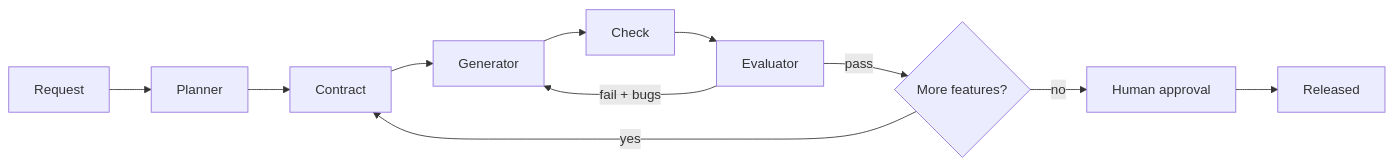
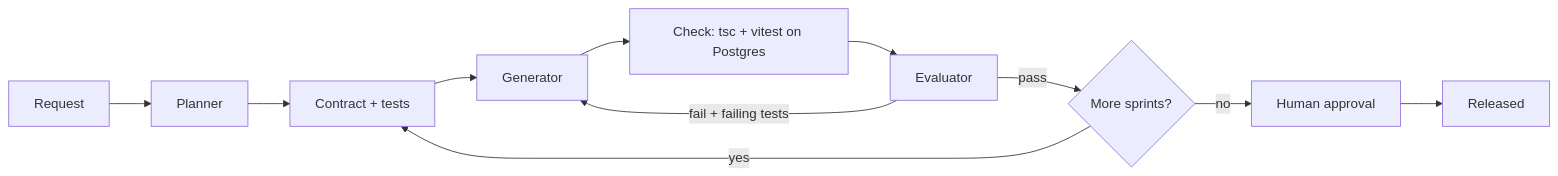
One commit to anandnarayanan2017/ai-assisted-sdlc changed the diagram in README.md. Above: the diagram before and after it, drawn with Mermaid. The commit also changed other lines of this file and 60 other files, not shown here.

````diff
--- a/README.md
+++ b/README.md
@@ -16,9 +48,9 @@
 ```mermaid
 flowchart LR
-    REQ[Request] --> PLAN[Planner] --> CTR[Contract] --> GEN[Generator]
-    GEN --> CHK[Check] --> EVAL[Evaluator]
-    EVAL -- fail + bugs --> GEN
-    EVAL -- pass --> NEXT{More features?}
+    REQ[Request] --> PLAN[Planner] --> CTR[Contract + tests] --> GEN[Generator]
+    GEN --> CHK[Check: tsc + vitest on Postgres] --> EVAL[Evaluator]
+    EVAL -- fail + failing tests --> GEN
+    EVAL -- pass --> NEXT{More sprints?}
     NEXT -- yes --> CTR
     NEXT -- no --> HUM[Human approval] --> REL[Released]
 ```
````
